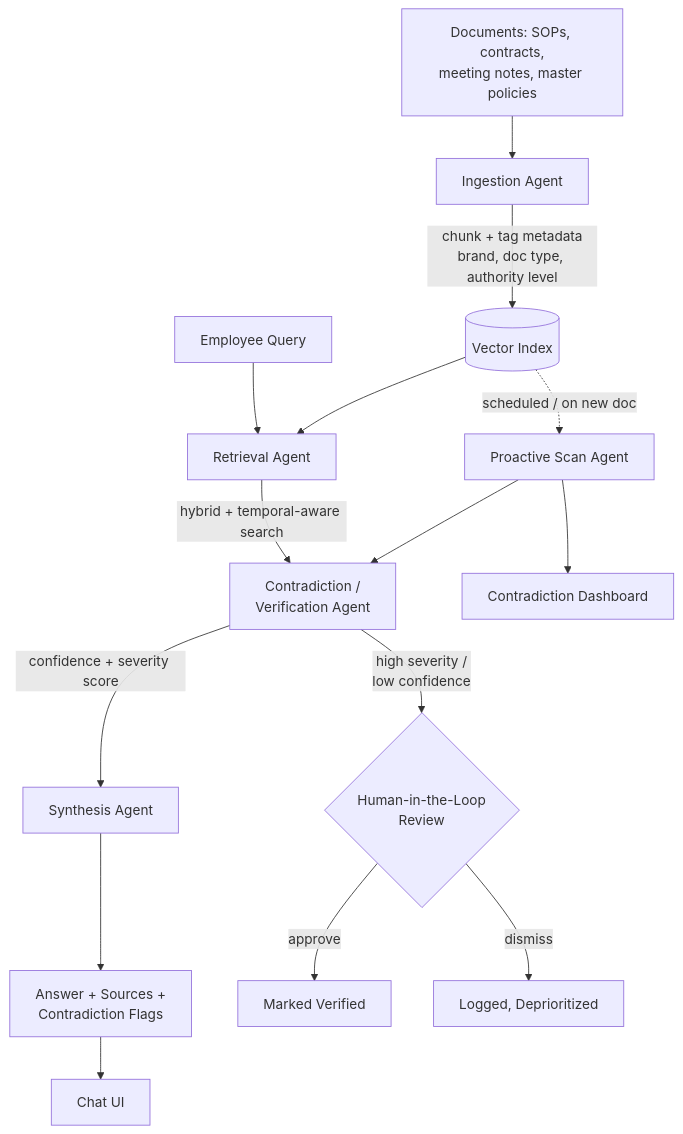
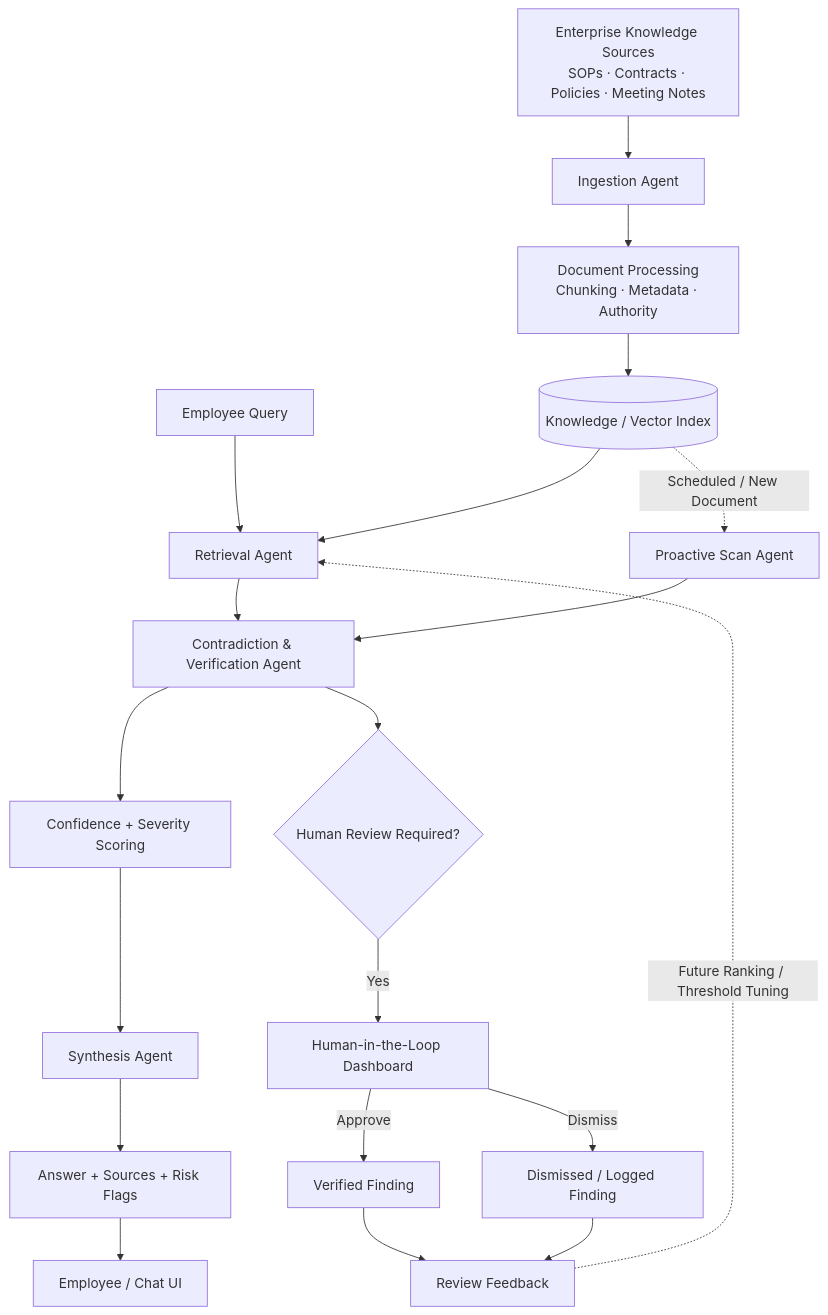
The diagram in README.md (AatifaRizvi/think9-brain-poc), drawn with Mermaid before and after one commit. The commit also changed other lines of this file, not shown here.

Commit message:
Improve README with architecture and documentation

````diff
--- a/README.md
+++ b/README.md
@@ -54,21 +148,42 @@
 ```mermaid
 flowchart TD
-    A[Documents: SOPs, contracts,<br/>meeting notes, master policies] --> B[Ingestion Agent]
-    B -->|chunk + tag metadata<br/>brand, doc type, authority level| C[(Vector Index)]
 
-    Q[Employee Query] --> D[Retrieval Agent]
-    C --> D
-    D -->|hybrid + temporal-aware search| E[Contradiction /<br/>Verification Agent]
-    E -->|confidence + severity score| F[Synthesis Agent]
-    F --> G[Answer + Sources +<br/>Contradiction Flags]
+    A["Enterprise Knowledge Sources<br/>SOPs · Contracts · Policies · Meeting Notes"] 
+        --> B["Ingestion Agent"]
 
-    C -.->|scheduled / on new doc| H[Proactive Scan Agent]
-    H --> E
+    B --> C["Document Processing<br/>Chunking · Metadata · Authority"]
 
-    E -->|high severity /<br/>low confidence| I{Human-in-the-Loop<br/>Review}
-    I -->|approve| J[Marked Verified]
-    I -->|dismiss| K[Logged, Deprioritized]
+    C --> D[("Knowledge / Vector Index")]
 
-    G --> L[Chat UI]
-    H --> M[Contradiction Dashboard]
+    U["Employee Query"] --> E["Retrieval Agent"]
+
+    D --> E
+
+    E --> F["Contradiction & Verification Agent"]
+
+    F --> G["Confidence + Severity Scoring"]
+
+    G --> H["Synthesis Agent"]
+
+    H --> I["Answer + Sources + Risk Flags"]
+
+    I --> J["Employee / Chat UI"]
+
+    D -. "Scheduled / New Document" .-> K["Proactive Scan Agent"]
+
+    K --> F
+
+    F --> L{"Human Review Required?"}
+
+    L -->|Yes| M["Human-in-the-Loop Dashboard"]
+
+    M -->|Approve| N["Verified Finding"]
+
+    M -->|Dismiss| O["Dismissed / Logged Finding"]
+
+    N --> P["Review Feedback"]
+
+    O --> P
+
+    P -. "Future Ranking / Threshold Tuning" .-> E
 ```
````
